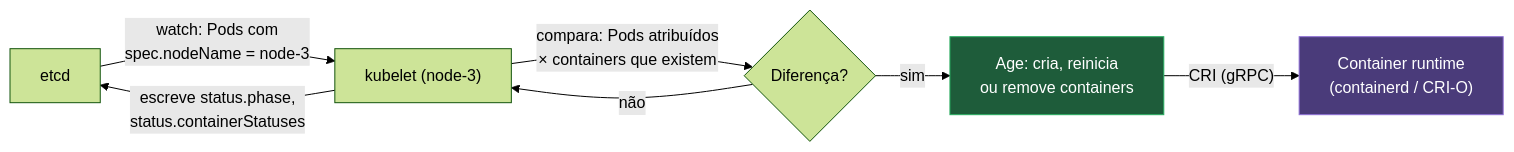
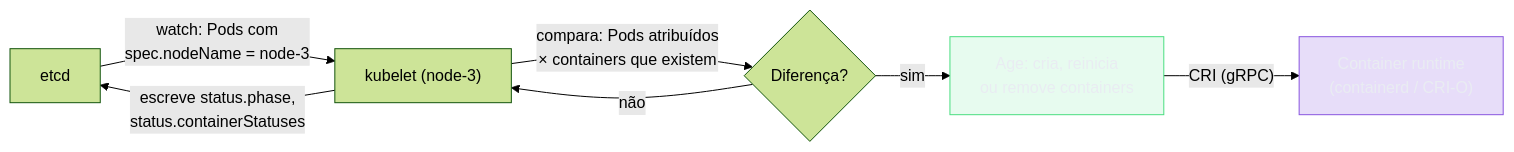
One commit to josenaldo/codex-technomanticus changed the first of 6 diagrams in 03-Dominios/Tecnologia/Infraestrutura/Kubernetes/17 - O kubelet e o nó.md. Above: the diagram before and after it, drawn with Mermaid (forest theme). The commit also changed other lines of this file and 1181 other files, not shown here.

First line of the commit message:
fix(diagramas): paleta do sistema no lugar de cor cravada no markdown

````diff
--- a/03-Dominios/Tecnologia/Infraestrutura/Kubernetes/17 - O kubelet e o nó.md
+++ b/03-Dominios/Tecnologia/Infraestrutura/Kubernetes/17 - O kubelet e o nó.md
@@ -33,12 +33,14 @@
 ```mermaid
 graph LR
+    classDef ok fill:#4ADE8021,stroke:#4ADE80,color:#E9ECF2
+    classDef marca fill:#8855DF33,stroke:#8855DF,color:#E9ECF2
     ETCD["etcd"] -->|"watch: Pods com<br/>spec.nodeName = node-3"| KUB["kubelet (node-3)"]
     KUB -->|"compara: Pods atribuídos<br/>× containers que existem"| CMP{"Diferença?"}
     CMP -->|"sim"| ACT["Age: cria, reinicia<br/>ou remove containers"]
     CMP -->|"não"| KUB
     ACT -->|"CRI (gRPC)"| RT["Container runtime<br/>(containerd / CRI-O)"]
     KUB -->|"escreve status.phase,<br/>status.containerStatuses"| ETCD
 
-    style ACT fill:#1e5c3a,stroke:#27ae60,color:#fff
-    style RT fill:#4a3b7a,stroke:#8e6fd6,color:#fff
+    class ACT ok
+    class RT marca
 ```
````
